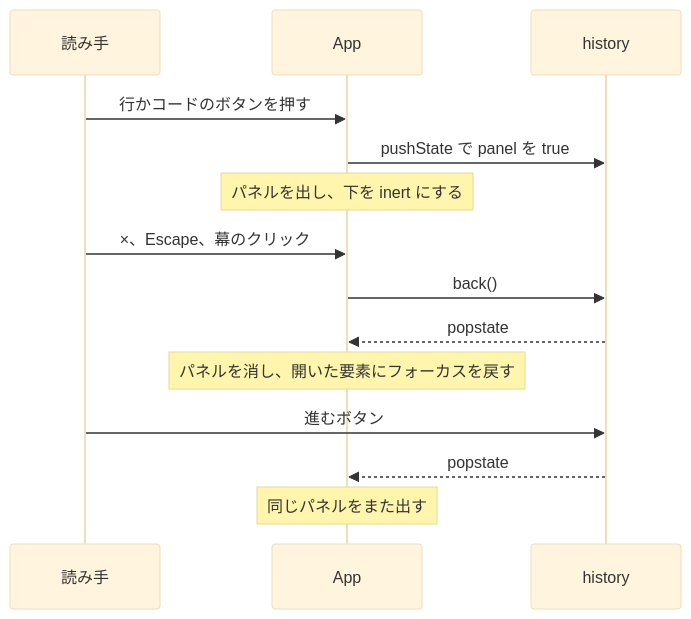
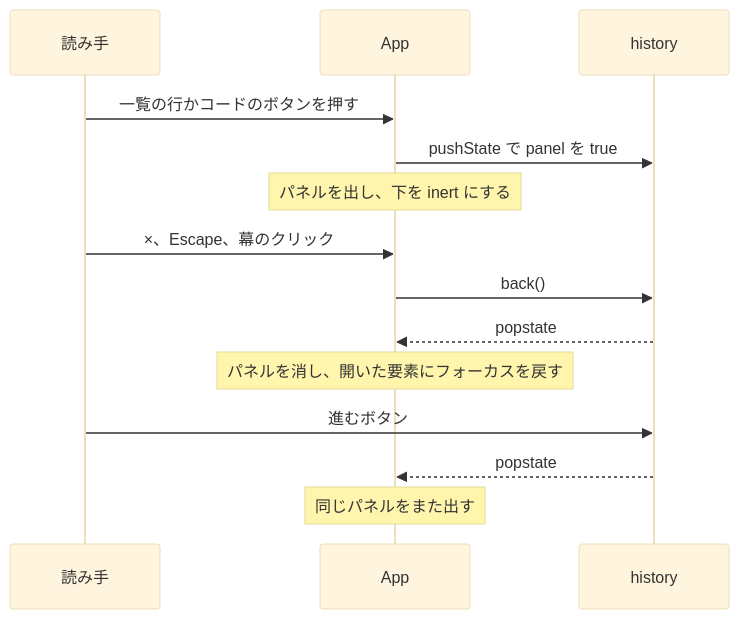
One commit to maronnjapan/maronn-openid-connect changed diagram 17 of 42 in apps/tests/docs/06-viewer.md. Above: the diagram before and after it, drawn with Mermaid (base theme). The commit also changed other lines of this file and 11 other files, not shown here.

````diff
--- a/apps/tests/docs/06-viewer.md
+++ b/apps/tests/docs/06-viewer.md
@@ -930,16 +1265,16 @@
 ```mermaid
 sequenceDiagram
   participant R as 読み手
   participant A as App
   participant H as history
-  R->>A: 行かコードのボタンを押す
+  R->>A: 一覧の行かコードのボタンを押す
   A->>H: pushState で panel を true
   Note over A: パネルを出し、下を inert にする
   R->>A: ×、Escape、幕のクリック
   A->>H: back()
   H-->>A: popstate
   Note over A: パネルを消し、開いた要素にフォーカスを戻す
   R->>H: 進むボタン
   H-->>A: popstate
   Note over A: 同じパネルをまた出す
 ```
````
